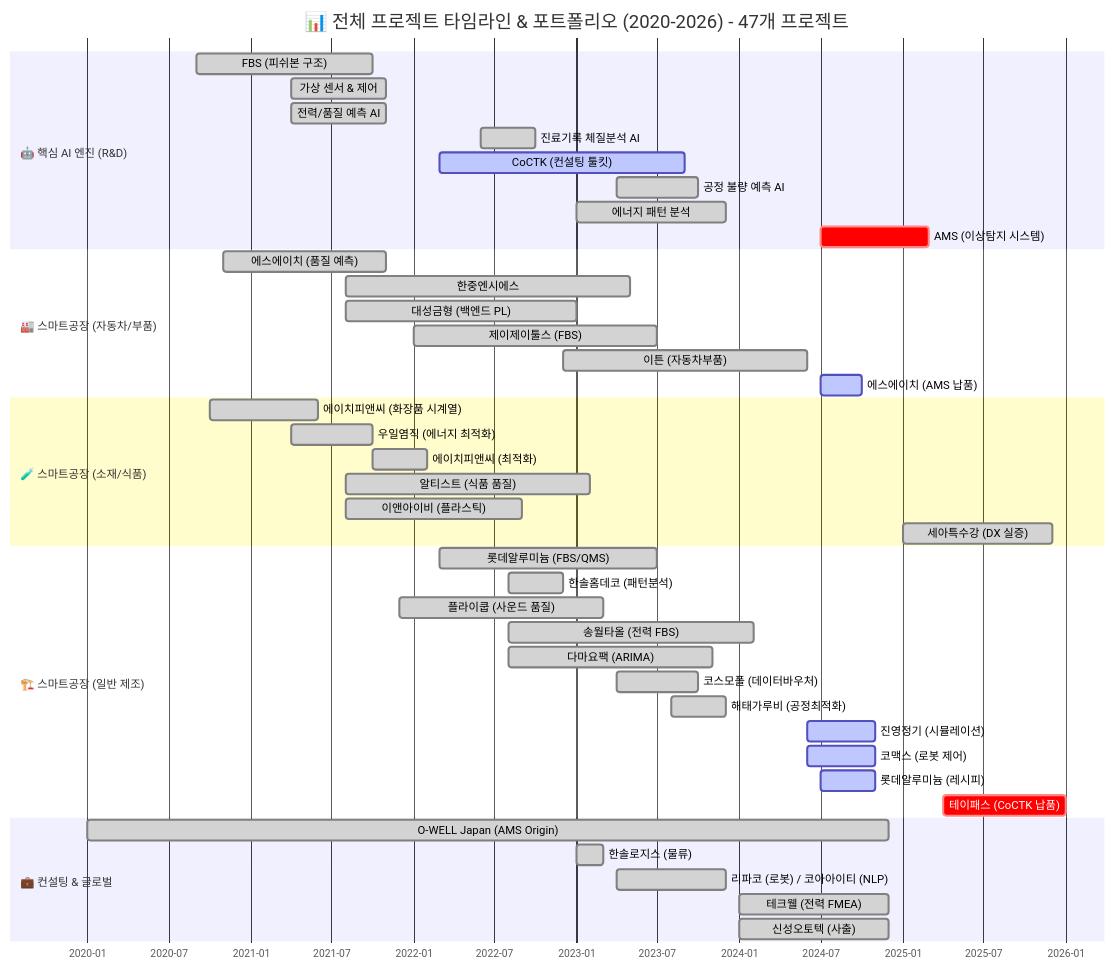
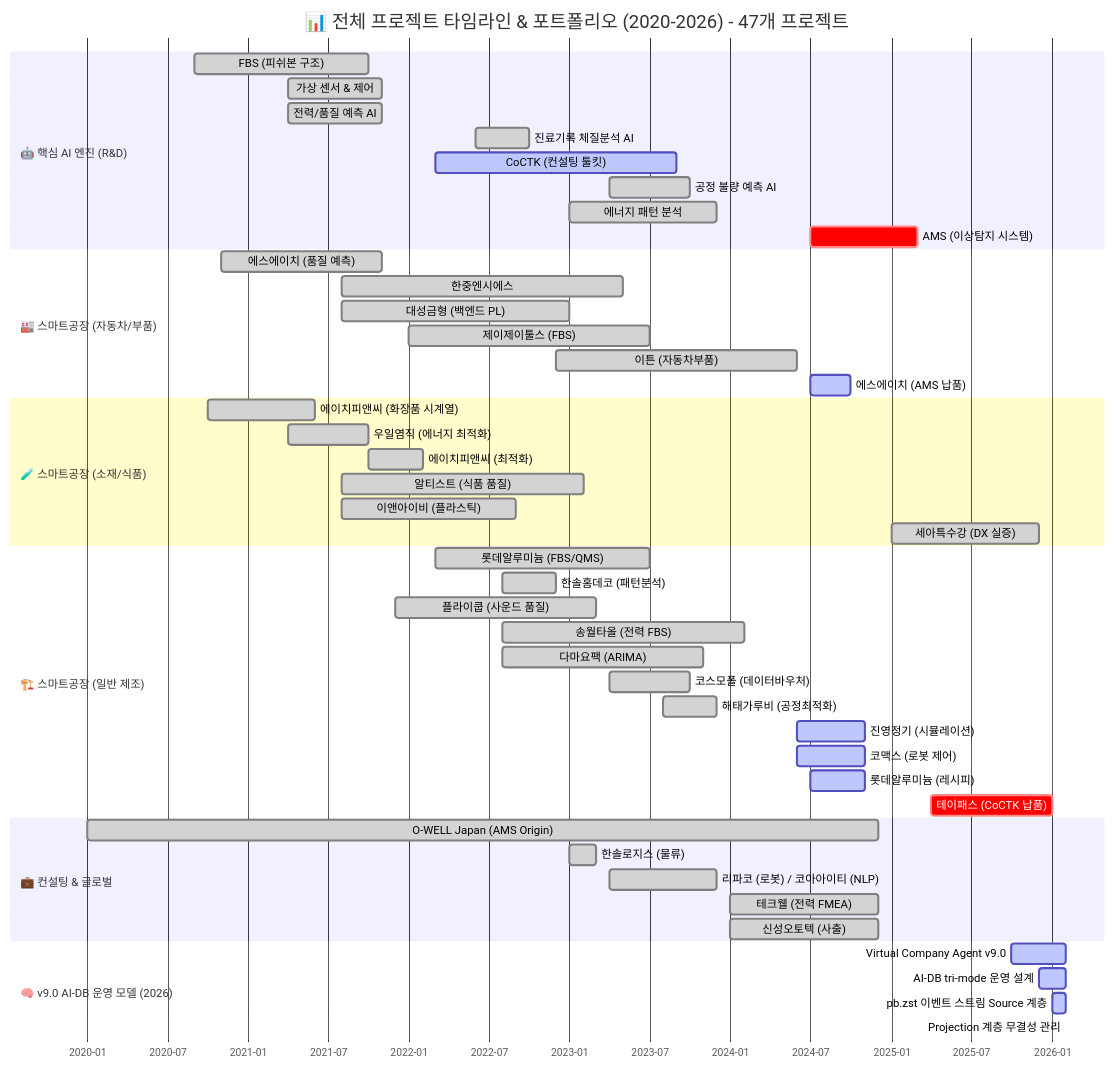
The first of 5 diagrams in portfolio/portfolio_docs/resume_generator/assets/일반공개/권순룡_포트폴리오_일반공개_ML_Engineer.md (moobaek/Testing_AI_agents_for_public_use), drawn with Mermaid before and after one commit. The commit also changed other lines of this file and 14 other files, not shown here.

````diff
--- a/portfolio/portfolio_docs/resume_generator/assets/일반공개/권순룡_포트폴리오_일반공개_ML_Engineer.md
+++ b/portfolio/portfolio_docs/resume_generator/assets/일반공개/권순룡_포트폴리오_일반공개_ML_Engineer.md
@@ -22,53 +22,59 @@
 ```mermaid
 gantt
     title 📊 전체 프로젝트 타임라인 & 포트폴리오 (2020-2026) - 47개 프로젝트
     dateFormat  YYYY-MM
     axisFormat  %Y-%m
     tickInterval 6month
 
     section 🤖 핵심 AI 엔진 (R&D)
     FBS (피쉬본 구조)              :done,    r1, 2020-09, 2021-10
     가상 센서 & 제어               :done,    r2, 2021-04, 2021-11
     전력/품질 예측 AI              :done,    r3, 2021-04, 2021-11
     진료기록 체질분석 AI           :done,    r4, 2022-06, 2022-10
     CoCTK (컨설팅 툴킷)          :active,  r5, 2022-03, 2023-09
     공정 불량 예측 AI              :done,    r6, 2023-04, 2023-10
     에너지 패턴 분석               :done,    r7, 2023-01, 2023-12
     AMS (이상탐지 시스템)          :crit,    r8, 2024-07, 2025-03
 
     section 🏭 스마트공장 (자동차/부품)
     에스에이치 (품질 예측)         :done,    sf1, 2020-11, 2021-11
     한중엔시에스                   :done,    sf2, 2021-08, 2023-05
     대성금형 (백엔드 PL)           :done,    sf3, 2021-08, 2023-01
     제이제이툴스 (FBS)             :done,    sf4, 2022-01, 2023-07
     이튼 (자동차부품)              :done,    sf5, 2022-12, 2024-06
     에스에이치 (AMS 납품)          :active,  sf6, 2024-07, 2024-10
 
     section 🧪 스마트공장 (소재/식품)
     에이치피앤씨 (화장품 시계열)   :done,    sf7, 2020-10, 2021-06
     우일염직 (에너지 최적화)       :done,    sf8, 2021-04, 2021-10
     에이치피앤씨 (최적화)          :done,    sf9, 2021-10, 2022-02
     알티스트 (식품 품질)           :done,    sf10, 2021-08, 2023-02
     이앤아이비 (플라스틱)          :done,    sf11, 2021-08, 2022-09
     세아특수강 (DX 실증)           :done,    sf12, 2025-01, 2025-12
 
     section 🏗️ 스마트공장 (일반 제조)
     롯데알루미늄 (FBS/QMS)         :done,    sf13, 2022-03, 2023-07
     한솔홈데코 (패턴분석)          :done,    sf14, 2022-08, 2022-12
     플라이쿱 (사운드 품질)         :done,    sf15, 2021-12, 2023-03
     송월타올 (전력 FBS)            :done,    sf16, 2022-08, 2024-02
     다마요팩 (ARIMA)               :done,    sf17, 2022-08, 2023-11
     코스모폴 (데이터바우처)        :done,    sf18, 2023-04, 2023-10
     해태가루비 (공정최적화)        :done,    sf19, 2023-08, 2023-12
     진영정기 (시뮬레이션)          :active,  sf20, 2024-06, 2024-11
     코맥스 (로봇 제어)             :active,  sf21, 2024-06, 2024-11
     롯데알루미늄 (레시피)          :active,  sf22, 2024-07, 2024-11
     테이패스 (CoCTK 납품)          :crit,    sf23, 2025-04, 2026-01
 
     section 💼 컨설팅 & 글로벌
     O-WELL Japan (AMS Origin)      :done,    c1, 2020-01, 2024-12
     한솔로지스 (물류)              :done,    c2, 2023-01, 2023-03
     리파코 (로봇) / 코아아이티 (NLP)      :done,    c3, 2023-04, 2023-12
     테크웰 (전력 FMEA)             :done,    c4, 2024-01, 2024-12
     신성오토텍 (사출)              :done,    c5, 2024-01, 2024-12
+
+    section 🧠 v9.0 AI-DB 운영 모델 (2026)
+    Virtual Company Agent v9.0        :active,  v1, 2025-10, 2026-02
+    AI-DB tri-mode 운영 설계           :active,  v2, 2025-12, 2026-02
+    pb.zst 이벤트 스트림 Source 계층   :active,  v3, 2026-01, 2026-02
+    Projection 계층 무결성 관리         :active,  v4, 2026-02, 2026-02
 ```
````
